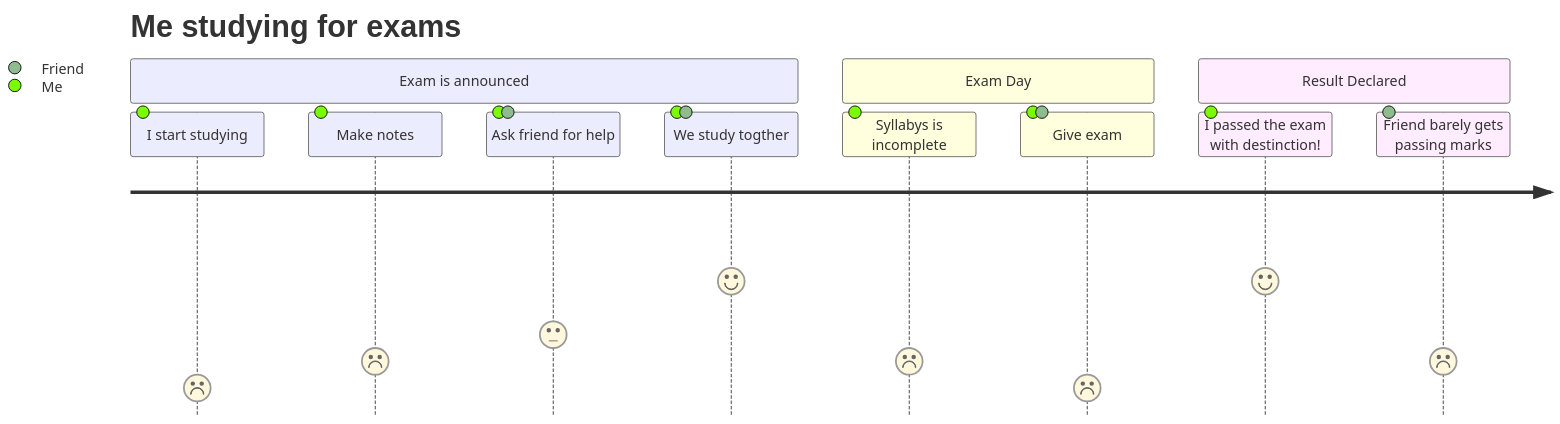
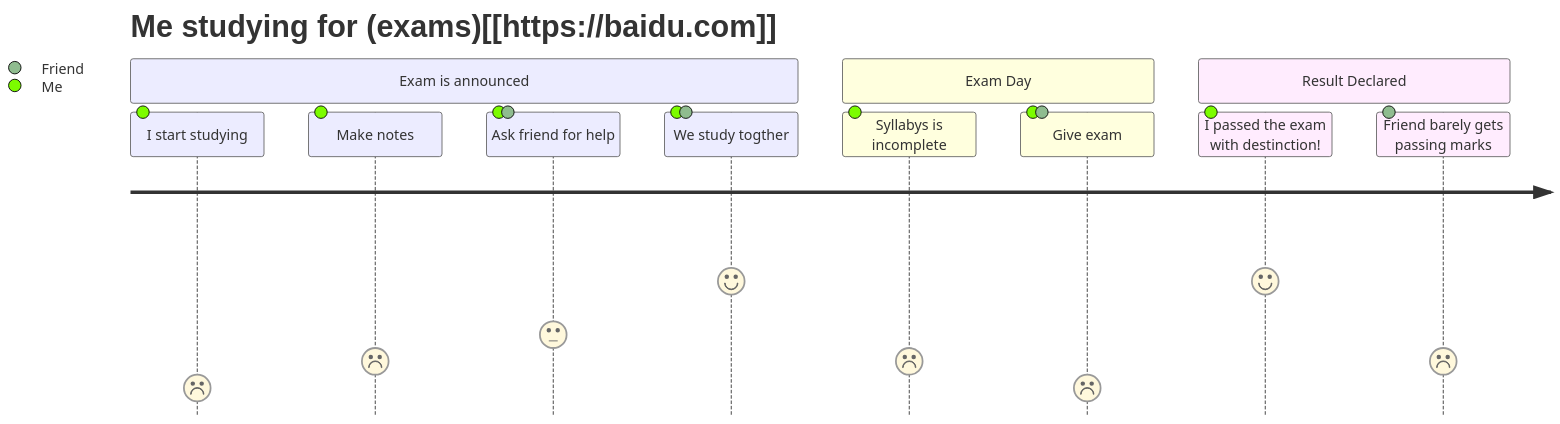
The diagram in README.md (JinLei324/station-ios), drawn with Mermaid before and after one commit.

````diff
--- a/README.md
+++ b/README.md
@@ -2,15 +2,15 @@
 ```mermaid
 journey
-	title Me studying for exams
+	title Me studying for (exams)[[https://baidu.com]]
 	section Exam is announced
 		I start studying: 1: Me
 		Make notes: 2: Me
 		Ask friend for help: 3: Me, Friend
 		We study togther: 5: Me, Friend
 	section Exam Day
 		Syllabys is incomplete: 2: Me
 		Give exam: 1: Me, Friend
 	section Result Declared
 		I passed the exam with destinction!: 5: Me
 		Friend barely gets passing marks: 2: Friend
 ```
````
